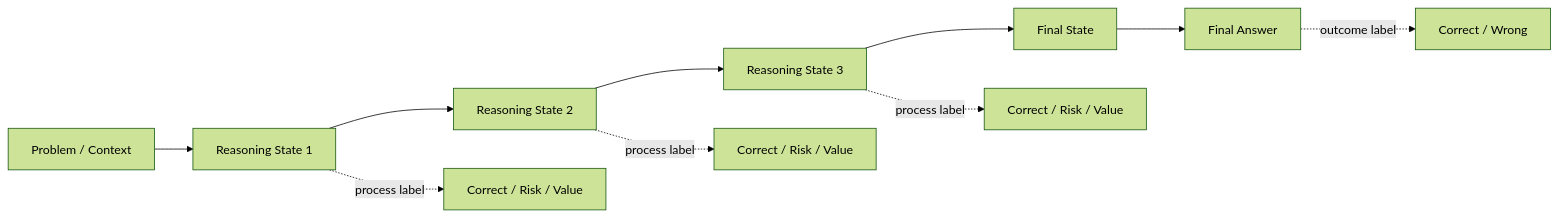
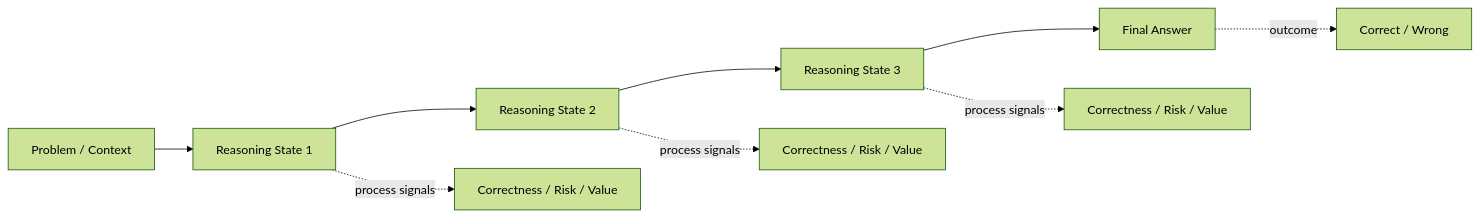
The first of 6 diagrams in LLM_Agent_Data/04_Reasoning_Data_and_Process_Supervision.md (JiangHui0203/Homework), drawn with Mermaid (forest theme) before and after one commit. The commit also changed other lines of this file, not shown here.

````diff
--- a/LLM_Agent_Data/04_Reasoning_Data_and_Process_Supervision.md
+++ b/LLM_Agent_Data/04_Reasoning_Data_and_Process_Supervision.md
@@ -25,13 +31,12 @@
 ```mermaid
 flowchart LR
     Q[Problem / Context] --> S1[Reasoning State 1]
     S1 --> S2[Reasoning State 2]
     S2 --> S3[Reasoning State 3]
-    S3 --> ST[Final State]
-    ST --> A[Final Answer]
+    S3 --> A[Final Answer]
 
-    S1 -. process label .-> L1[Correct / Risk / Value]
-    S2 -. process label .-> L2[Correct / Risk / Value]
-    S3 -. process label .-> L3[Correct / Risk / Value]
-    A -. outcome label .-> O[Correct / Wrong]
+    S1 -. process signals .-> L1[Correctness / Risk / Value]
+    S2 -. process signals .-> L2[Correctness / Risk / Value]
+    S3 -. process signals .-> L3[Correctness / Risk / Value]
+    A -. outcome .-> O[Correct / Wrong]
 ```
````
